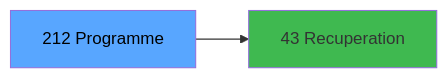
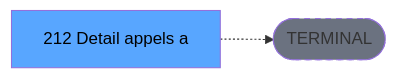
The third of 3 diagrams in .openspec/specs/ADH-IDE-212.md (thonyAGP/lecteur-magic), drawn with Mermaid before and after one commit. The commit also changed other lines of this file and 701 other files, not shown here.

````diff
--- a/.openspec/specs/ADH-IDE-212.md
+++ b/.openspec/specs/ADH-IDE-212.md
@@ -135,8 +135,8 @@
 ```mermaid
 graph LR
-    T[212 Programme]
-    C43[43 Recuperation]
-    T --> C43
+    T[212 Detail appels a]
+    TERM([TERMINAL])
+    T -.-> TERM
+    style TERM fill:#6b7280,stroke-dasharray: 5 5
     style T fill:#58a6ff,color:#000
-    style C43 fill:#3fb950
 ```
````
